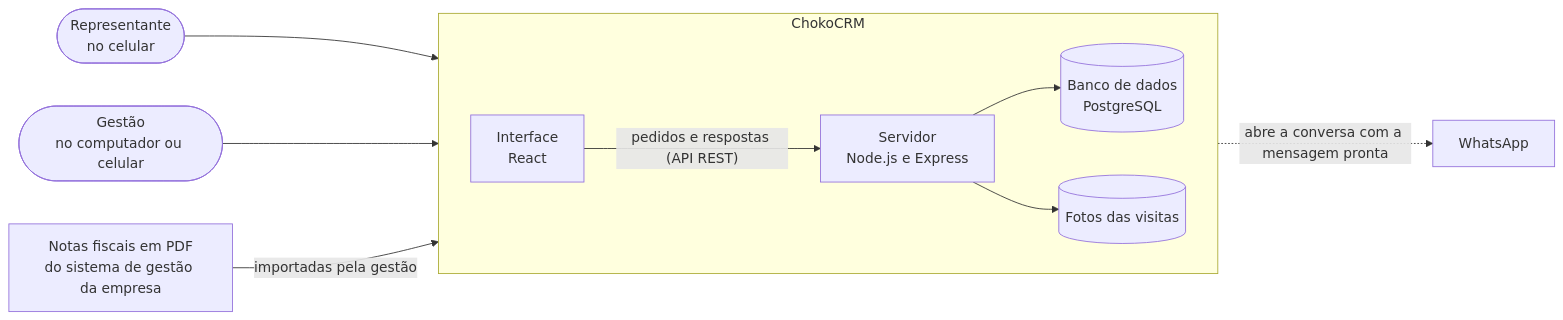
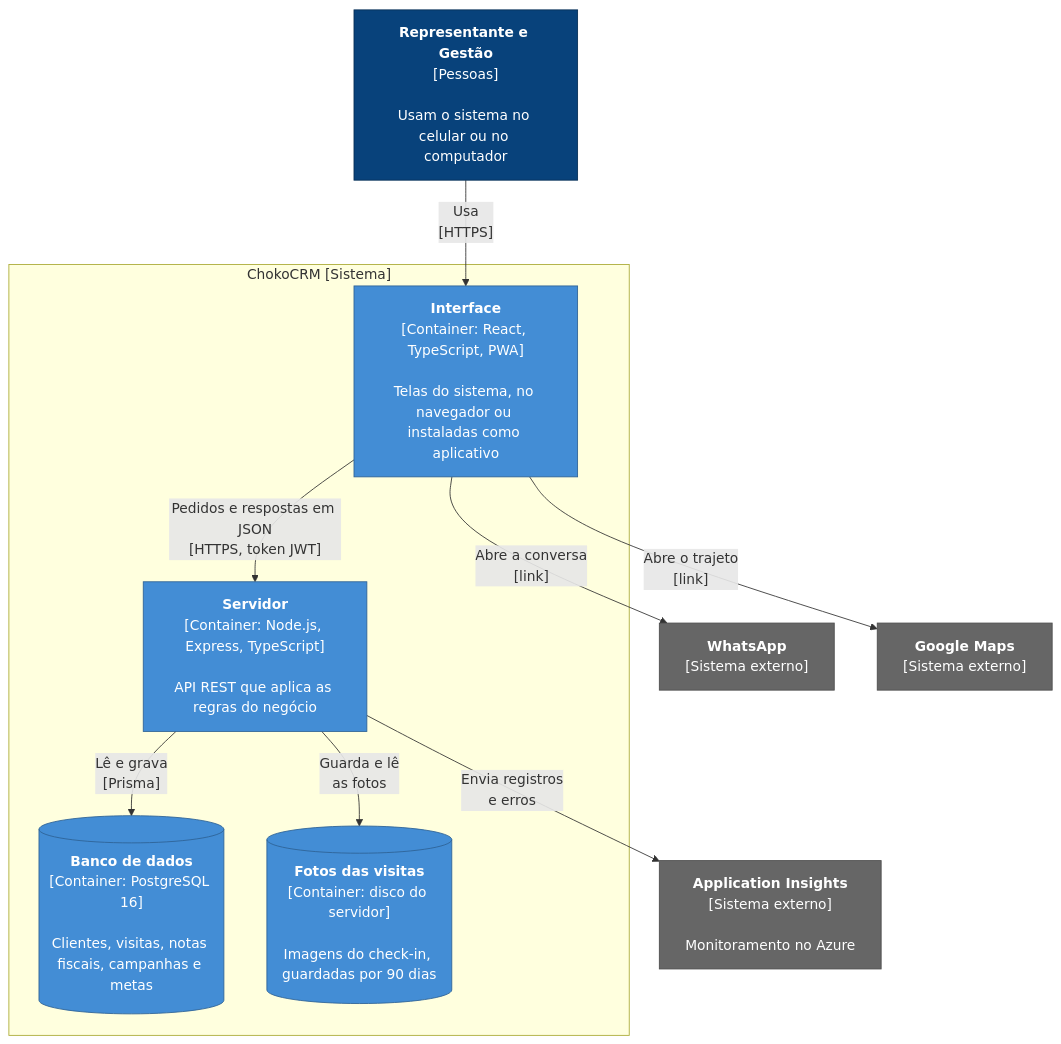
Before and after one commit to dudapetzinger/CHOKOCRM: the diagram in README.md, drawn with Mermaid. The commit also changed other lines of this file and 4 other files, not shown here.

Commit message:
docs: diagramas C4, requisitos e historias de usuario, privacidade e seguranca, e README com indice da documentacao

````diff
--- a/README.md
+++ b/README.md
@@ -145,24 +156,30 @@
 ```mermaid
-flowchart LR
-    rep(["Representante<br/>no celular"])
-    gestor(["Gestão<br/>no computador ou celular"])
+flowchart TB
+    usuario["<b>Representante e Gestão</b><br/>[Pessoas]<br/><br/>Usam o sistema no celular ou no computador"]
 
-    subgraph sistema["ChokoCRM"]
-        direction LR
-        web["Interface<br/>React"]
-        api["Servidor<br/>Node.js e Express"]
-        db[("Banco de dados<br/>PostgreSQL")]
-        fotos[("Fotos das visitas")]
-        web -- "pedidos e respostas (API REST)" --> api
-        api --> db
-        api --> fotos
+    subgraph choko["ChokoCRM [Sistema]"]
+        web["<b>Interface</b><br/>[Container: React, TypeScript, PWA]<br/><br/>Telas do sistema, no navegador ou instaladas como aplicativo"]
+        api["<b>Servidor</b><br/>[Container: Node.js, Express, TypeScript]<br/><br/>API REST que aplica as regras do negócio"]
+        db[("<b>Banco de dados</b><br/>[Container: PostgreSQL 16]<br/><br/>Clientes, visitas, notas fiscais, campanhas e metas")]
+        fotos[("<b>Fotos das visitas</b><br/>[Container: disco do servidor]<br/><br/>Imagens do check-in, guardadas por 90 dias")]
     end
 
-    notas["Notas fiscais em PDF<br/>do sistema de gestão da empresa"]
-    whats["WhatsApp"]
+    whats["<b>WhatsApp</b><br/>[Sistema externo]"]
+    maps["<b>Google Maps</b><br/>[Sistema externo]"]
+    insights["<b>Application Insights</b><br/>[Sistema externo]<br/><br/>Monitoramento no Azure"]
 
-    rep --> web
-    gestor --> web
-    notas -- "importadas pela gestão" --> web
-    web -. "abre a conversa com a mensagem pronta" .-> whats
+    usuario -- "Usa<br/>[HTTPS]" --> web
+    web -- "Pedidos e respostas em JSON<br/>[HTTPS, token JWT]" --> api
+    api -- "Lê e grava<br/>[Prisma]" --> db
+    api -- "Guarda e lê<br/>as fotos" --> fotos
+    web -- "Abre a conversa<br/>[link]" --> whats
+    web -- "Abre o trajeto<br/>[link]" --> maps
+    api -- "Envia registros<br/>e erros" --> insights
+
+    classDef pessoa fill:#08427b,stroke:#052e56,color:#ffffff
+    classDef container fill:#438dd5,stroke:#2e6295,color:#ffffff
+    classDef externo fill:#666666,stroke:#4d4d4d,color:#ffffff
+    class usuario pessoa
+    class web,api,db,fotos container
+    class whats,maps,insights externo
 ```
````
